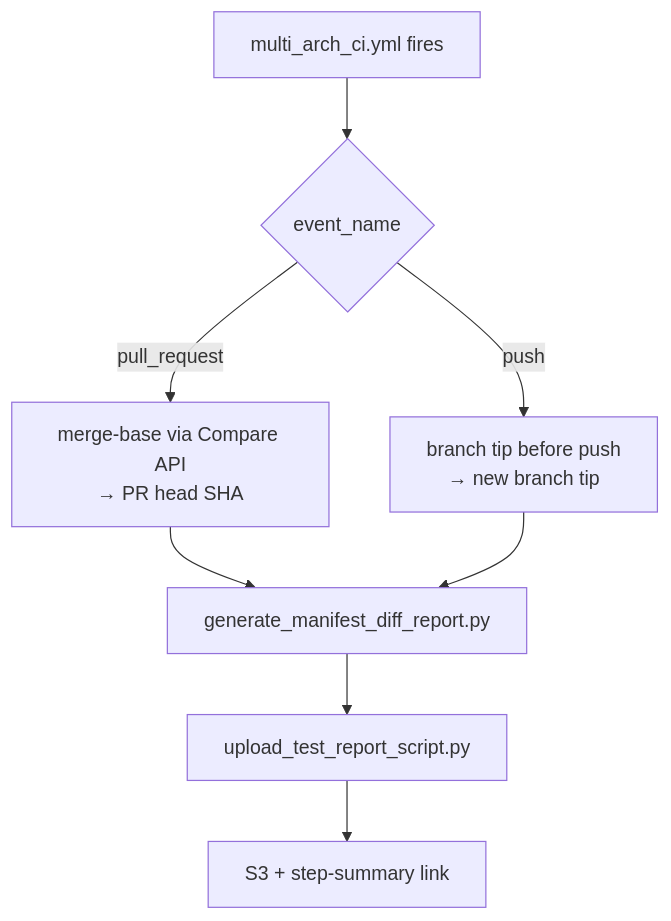
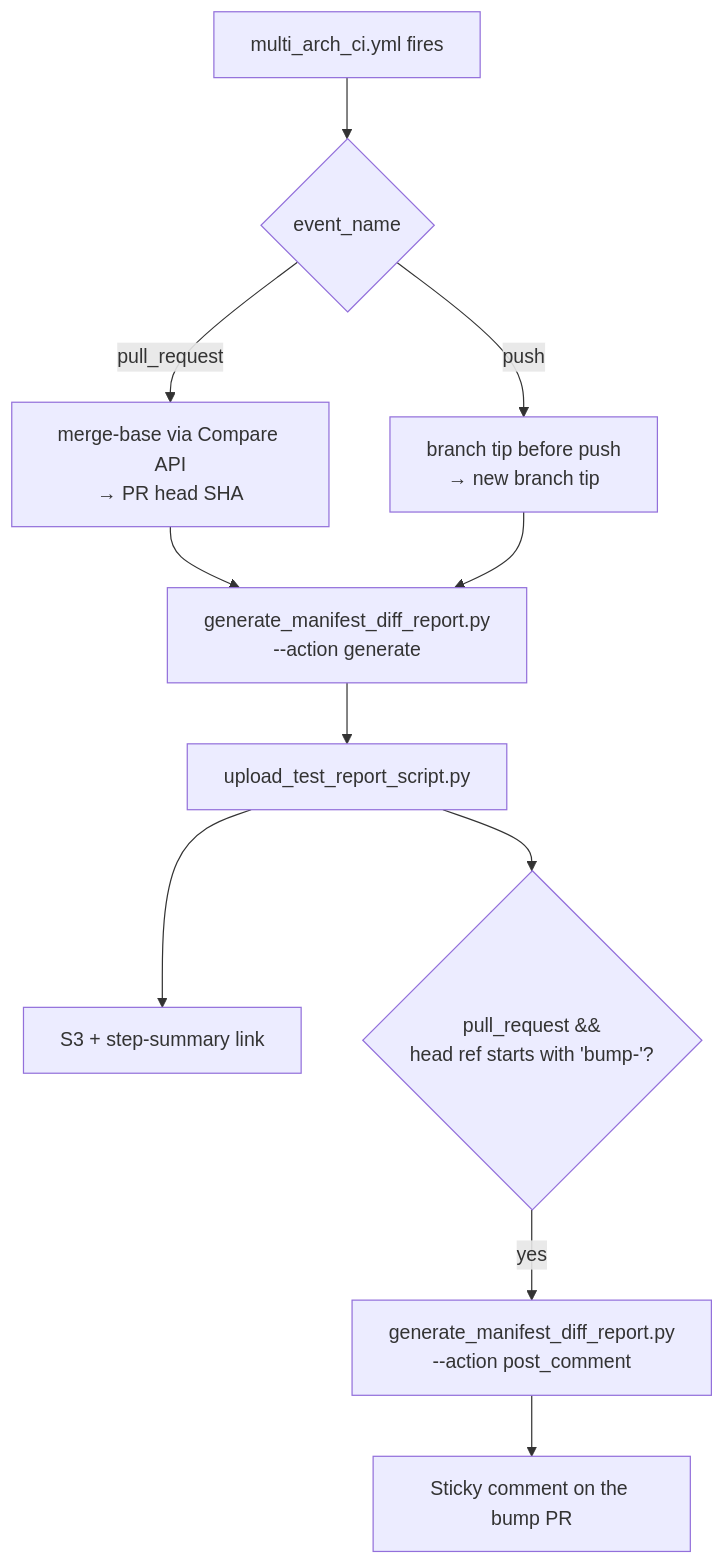
The diagram in docs/development/manifest_diff.md (ROCm/TheRock), drawn with Mermaid before and after one commit. The commit also changed other lines of this file and 5 other files, not shown here.

Commit message:
ci(manifest-diff): Fold PR-comment posting into generate_manifest_diff_report.py --action

````diff
--- a/docs/development/manifest_diff.md
+++ b/docs/development/manifest_diff.md
@@ -15,10 +15,13 @@
 ```mermaid
 flowchart TD
     A[multi_arch_ci.yml fires] --> B{event_name}
     B -- pull_request --> P[merge-base via Compare API<br/>→ PR head SHA]
     B -- push --> U[branch tip before push<br/>→ new branch tip]
-    P --> G[generate_manifest_diff_report.py]
+    P --> G["generate_manifest_diff_report.py<br/>--action generate"]
     U --> G
     G --> O[upload_test_report_script.py]
     O --> H[S3 + step-summary link]
+    O --> C{"pull_request &&<br/>head ref starts with 'bump-'?"}
+    C -- yes --> D["generate_manifest_diff_report.py<br/>--action post_comment"]
+    D --> E[Sticky comment on the bump PR]
 ```
````
